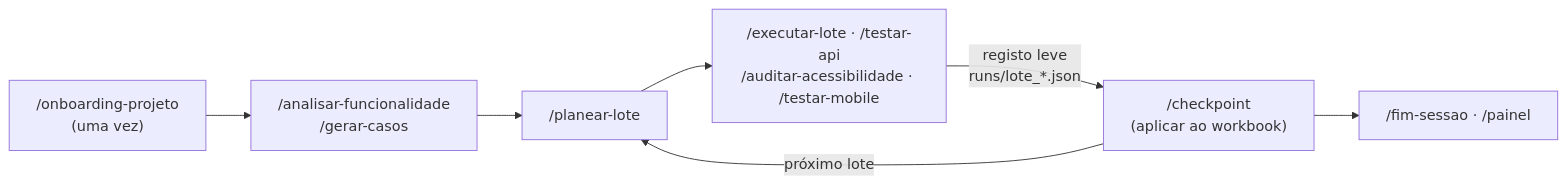
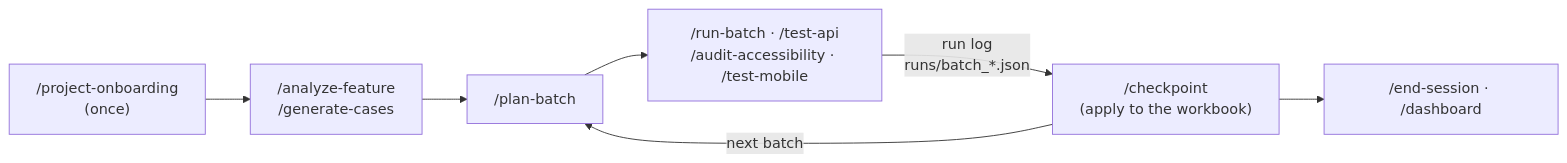
One commit to pedroalmeida981/qa-assistant changed the diagram in README.md. Above: the diagram before and after it, drawn with Mermaid. The commit also changed other lines of this file and 156 other files, not shown here.

````diff
--- a/README.md
+++ b/README.md
@@ -61,9 +62,9 @@
 ```mermaid
 flowchart LR
-  O["/onboarding-projeto<br/>(uma vez)"] --> A["/analisar-funcionalidade<br/>/gerar-casos"]
-  A --> P["/planear-lote"]
-  P --> E["/executar-lote · /testar-api<br/>/auditar-acessibilidade · /testar-mobile"]
-  E -->|"registo leve<br/>runs/lote_*.json"| C["/checkpoint<br/>(aplicar ao workbook)"]
-  C -->|próximo lote| P
-  C --> F["/fim-sessao · /painel"]
+  O["/project-onboarding<br/>(once)"] --> A["/analyze-feature<br/>/generate-cases"]
+  A --> P["/plan-batch"]
+  P --> E["/run-batch · /test-api<br/>/audit-accessibility · /test-mobile"]
+  E -->|"run log<br/>runs/batch_*.json"| C["/checkpoint<br/>(apply to the workbook)"]
+  C -->|next batch| P
+  C --> F["/end-session · /dashboard"]
 ```
````
